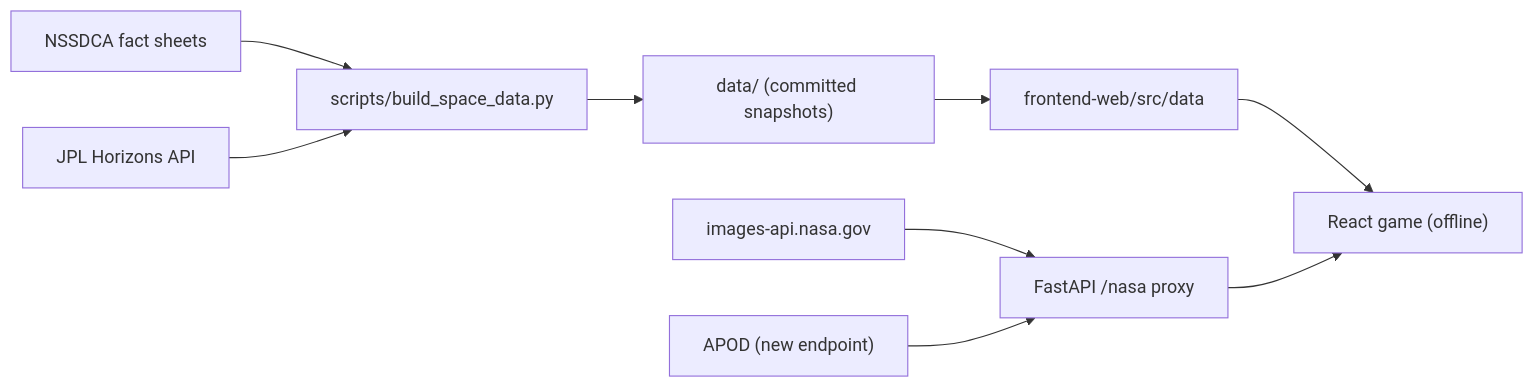
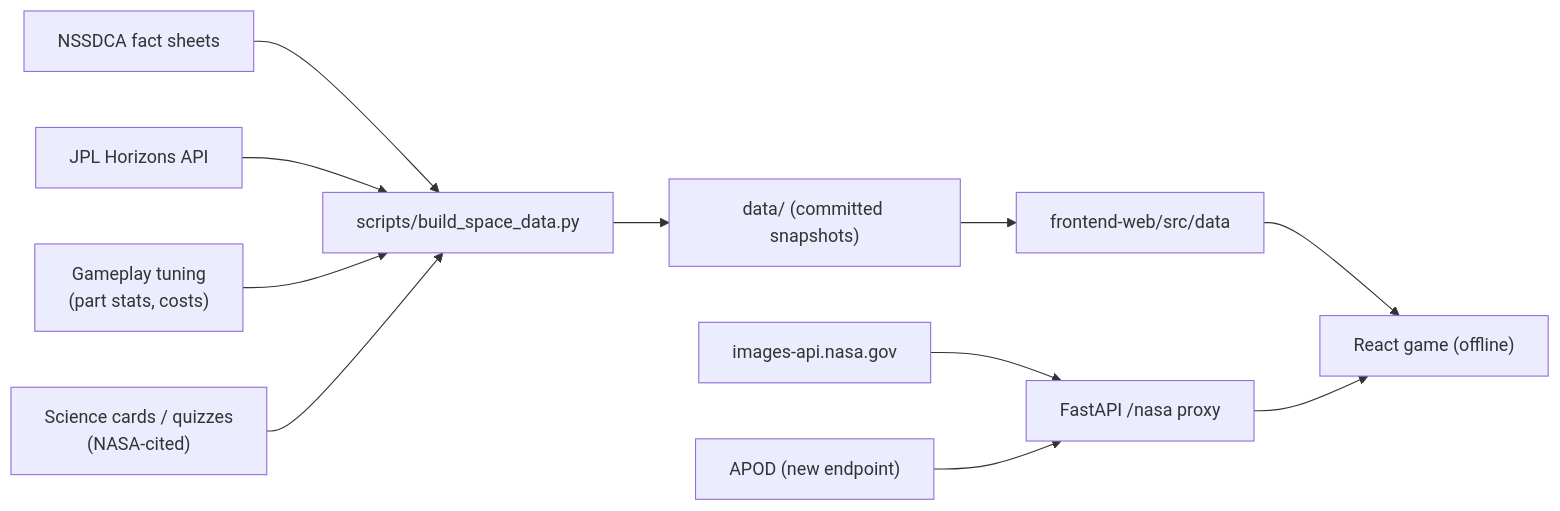
Before and after one commit to Team-Neural-Forge/nasa-explorer: the second of 2 diagrams in docs/technical_architecture.md, drawn with Mermaid. The commit also changed other lines of this file and 4 other files, not shown here.

Commit message:
docs: align overview, architecture, data, and timeline with new vision

````diff
--- a/docs/technical_architecture.md
+++ b/docs/technical_architecture.md
@@ -105,11 +133,13 @@
 ```mermaid
 flowchart LR
     NSSDCA["NSSDCA fact sheets"] --> SCRIPT["scripts/build_space_data.py"]
     HORIZONS["JPL Horizons API"] --> SCRIPT
+    TUNING["Gameplay tuning<br/>(part stats, costs)"] --> SCRIPT
+    CONTENT["Science cards / quizzes<br/>(NASA-cited)"] --> SCRIPT
     SCRIPT --> DATA["data/ (committed snapshots)"]
     DATA --> MIRROR["frontend-web/src/data"]
     MIRROR --> GAME["React game (offline)"]
     IMAGES["images-api.nasa.gov"] --> PROXY["FastAPI /nasa proxy"]
     APOD["APOD (new endpoint)"] --> PROXY
     PROXY --> GAME
 ```
````
